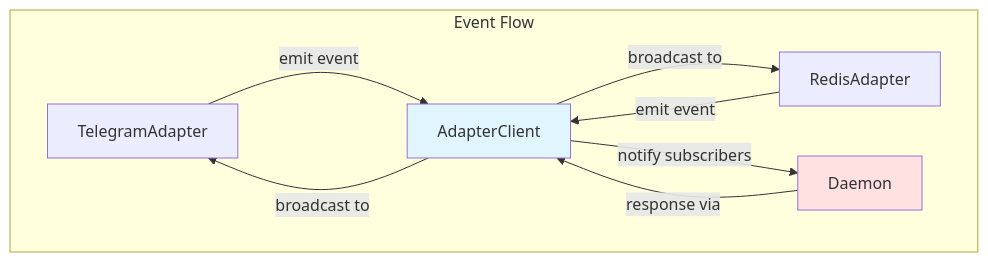
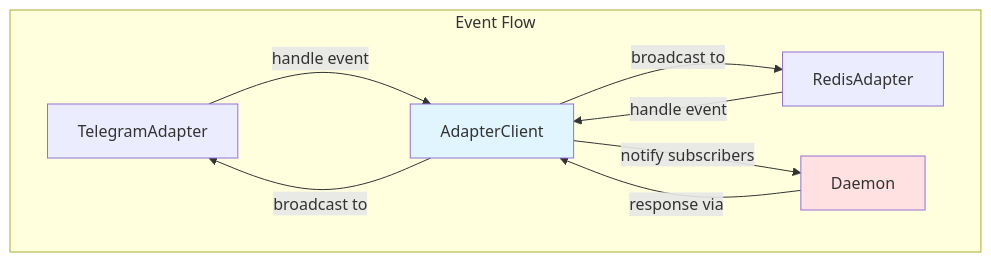
One commit to InstruktAI/TeleClaude changed the first of 8 diagrams in docs/architecture.md. Above: the diagram before and after it, drawn with Mermaid. The commit also changed other lines of this file and 13 other files, not shown here.

First line of the commit message:
refactor: rename emit() to handle_event() and remove dead cleanup code

````diff
--- a/docs/architecture.md
+++ b/docs/architecture.md
@@ -54,14 +54,14 @@
 ```mermaid
 graph TB
     subgraph "Event Flow"
-        TG[TelegramAdapter] -->|emit event| AC[AdapterClient]
-        RD[RedisAdapter] -->|emit event| AC
+        TG[TelegramAdapter] -->|handle event| AC[AdapterClient]
+        RD[RedisAdapter] -->|handle event| AC
         AC -->|notify subscribers| D[Daemon]
         D -->|response via| AC
         AC -->|broadcast to| TG
         AC -->|broadcast to| RD
     end
 
     style AC fill:#e1f5ff
     style D fill:#ffe1e1
 ```
````
